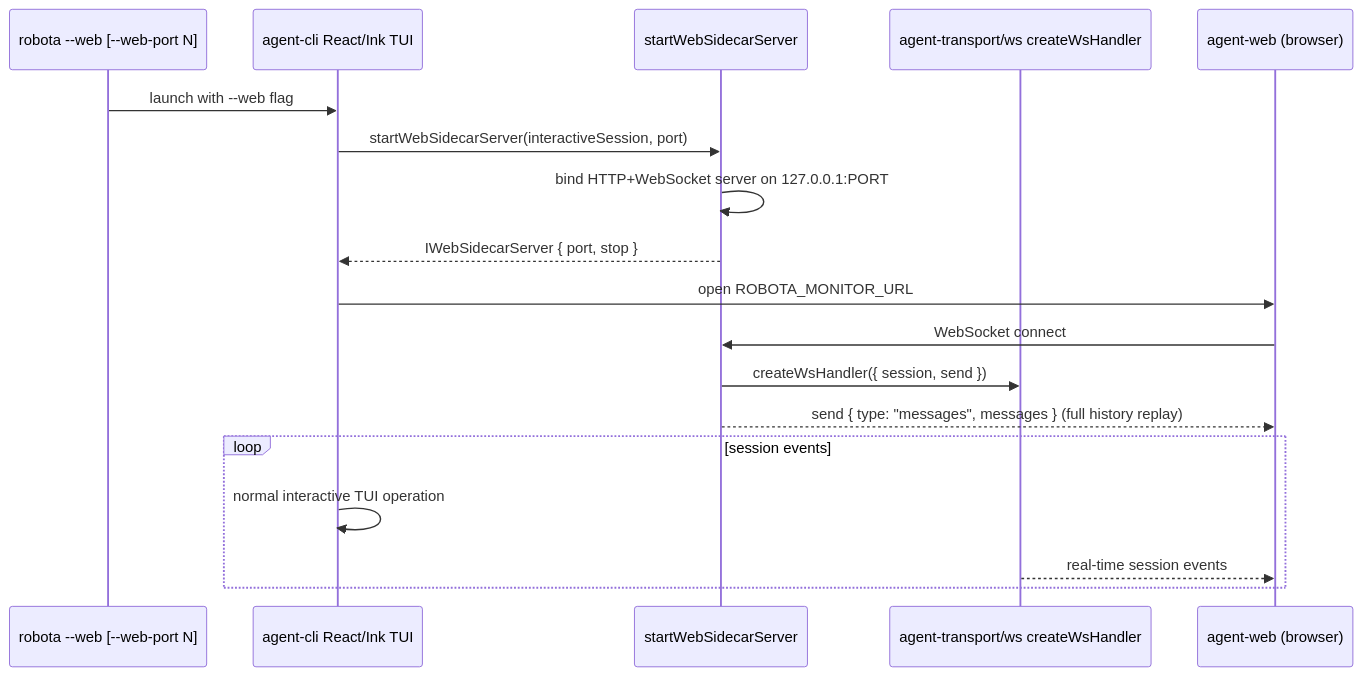
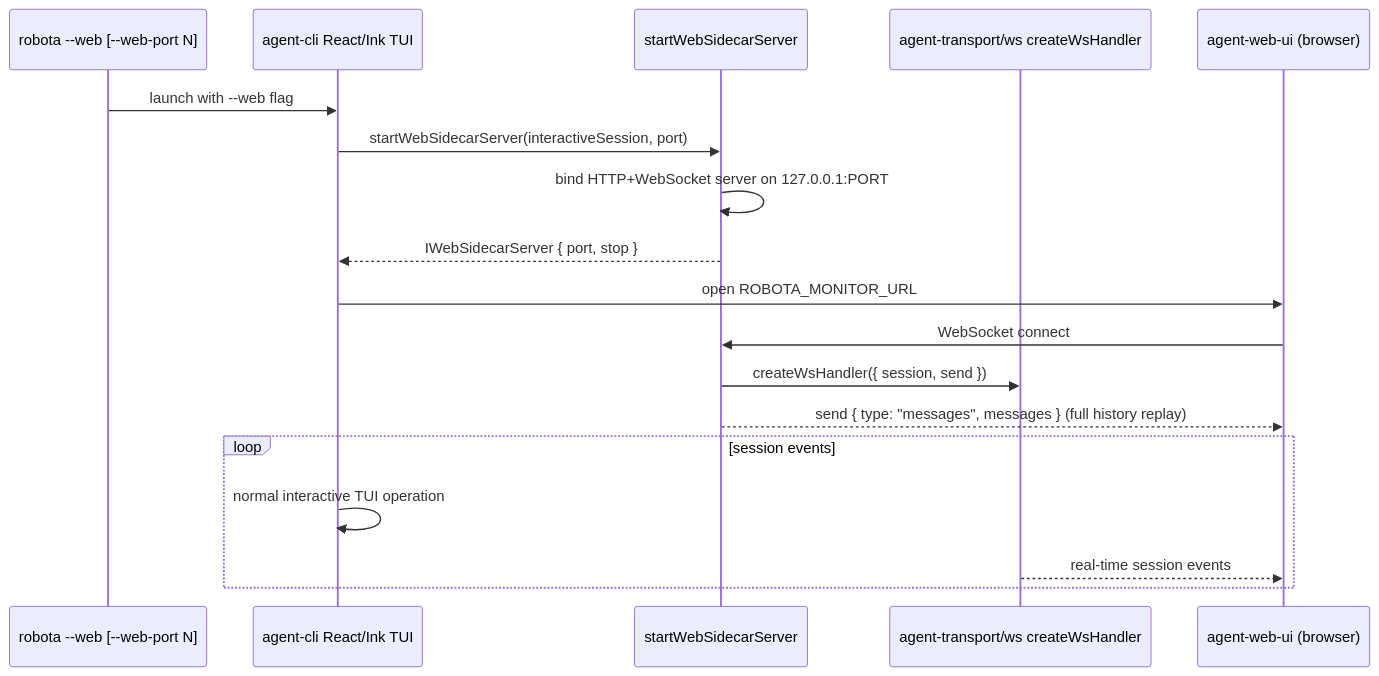
Before and after one commit to woojubb/robota: the third of 3 diagrams in .agents/specs/architecture-map/agent-cli/execution-modes.md, drawn with Mermaid. The commit also changed 18 other files, not shown here.

````diff
--- a/.agents/specs/architecture-map/agent-cli/execution-modes.md
+++ b/.agents/specs/architecture-map/agent-cli/execution-modes.md
@@ -64,23 +64,23 @@
 ```mermaid
 sequenceDiagram
   participant User as robota --web [--web-port N]
   participant TUI as agent-cli React/Ink TUI
   participant Sidecar as startWebSidecarServer
   participant WsTransport as agent-transport/ws createWsHandler
-  participant Browser as agent-web (browser)
+  participant Browser as agent-web-ui (browser)
 
   User->>TUI: launch with --web flag
   TUI->>Sidecar: startWebSidecarServer(interactiveSession, port)
   Sidecar->>Sidecar: bind HTTP+WebSocket server on 127.0.0.1:PORT
   Sidecar-->>TUI: IWebSidecarServer { port, stop }
   TUI->>Browser: open ROBOTA_MONITOR_URL
 
   Browser->>Sidecar: WebSocket connect
   Sidecar->>WsTransport: createWsHandler({ session, send })
   Sidecar-->>Browser: send { type: "messages", messages } (full history replay)
 
   loop session events
     TUI->>TUI: normal interactive TUI operation
     WsTransport-->>Browser: real-time session events
   end
 ```
````
